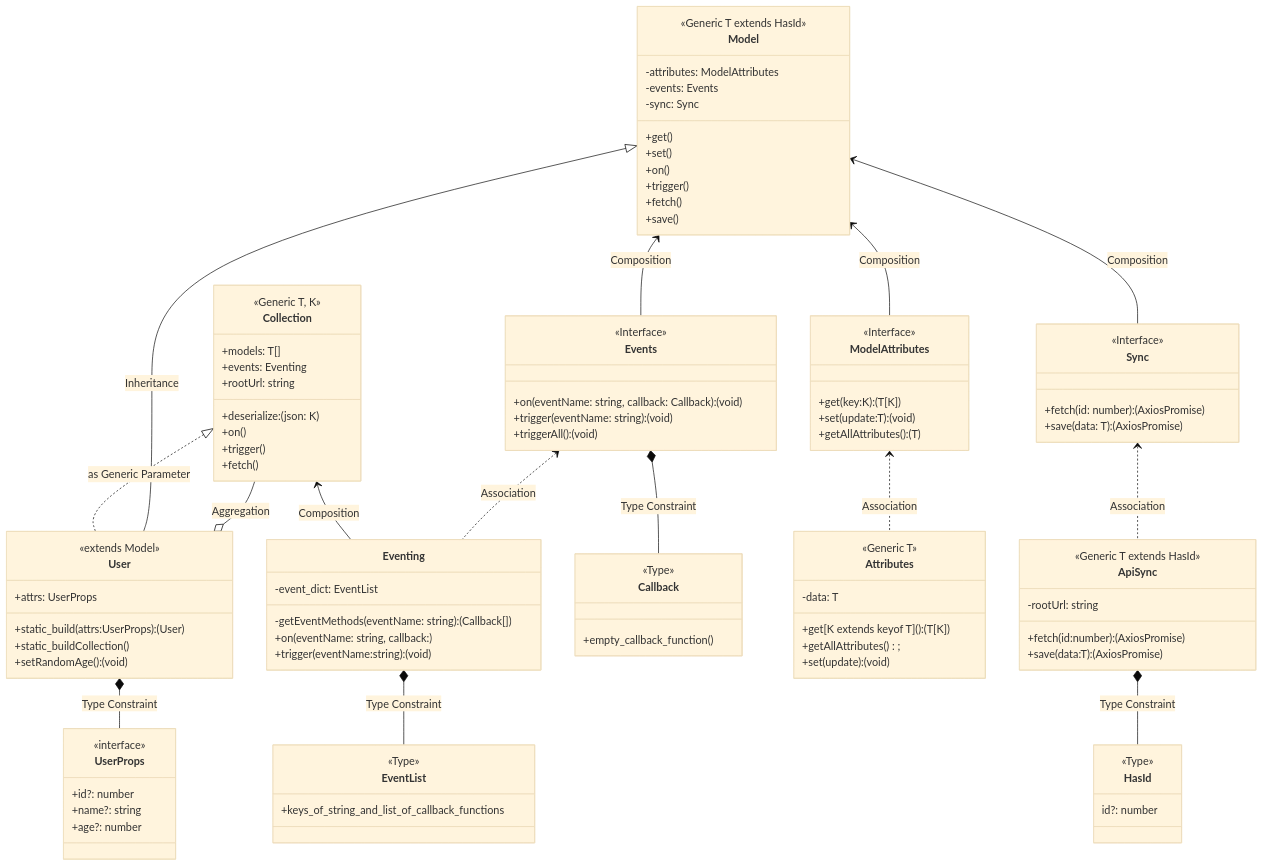
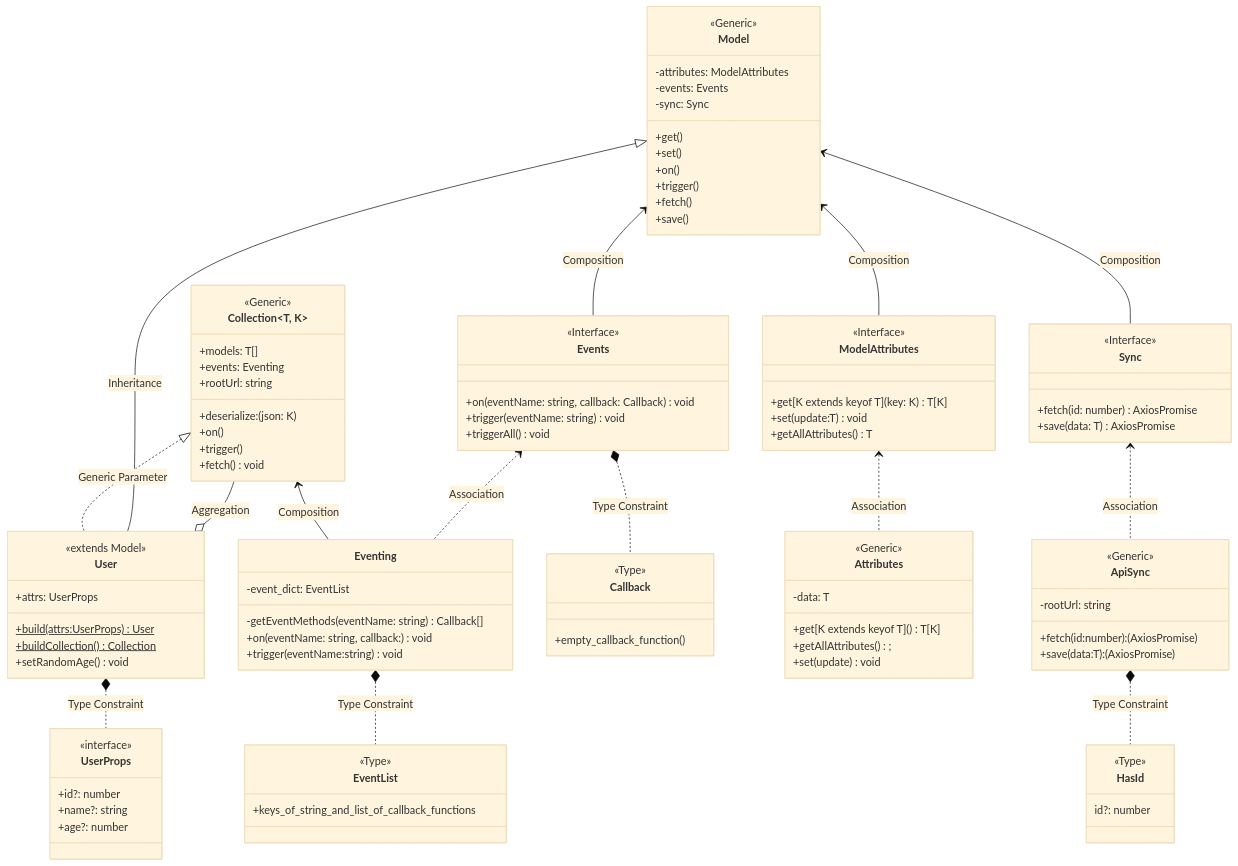
The second of 3 diagrams in README.md (frzhen/typescript-web-framework), drawn with Mermaid (base theme) before and after one commit. The commit also changed other lines of this file and 3 other files, not shown here.

````diff
--- a/README.md
+++ b/README.md
@@ -159,24 +102,24 @@
 ```mermaid
    classDiagram
-   class Collection{
-   <<Generic T, K>>
+   class Collection~T, K~{
+   <<Generic>>
    +models: T[]
    +events: Eventing
    +rootUrl: string
    +deserialize: (json: K)
    +on()
    +trigger()
-   +fetch()
+   +fetch() void
    }
    Collection <-- Eventing: Composition
-   Collection <|.. User: as Generic Parameter
+   Collection <|.. User: Generic Parameter
    User o-- Collection: Aggregation
    class User {
    <<extends Model>>
    +attrs: UserProps
-   +static_build(attrs:UserProps): (User)
-   +static_buildCollection()
-   +setRandomAge():(void)
+   +build(attrs:UserProps)$ User
+   +buildCollection()$ Collection
+   +setRandomAge() void
    }
    class UserProps {
    <<interface>>
@@ -184,14 +127,14 @@
    +name?: string
    +age?: number
    }
-   User *-- UserProps: Type Constraint
+   User *.. UserProps: Type Constraint
    class Callback {
    <<Type>>
    +empty_callback_function()
    }
    Model <|-- User: Inheritance
-   class Model{
-   <<Generic T extends HasId>>
+   class Model~T extends HasId~{
+   <<Generic>>
    -attributes: ModelAttributes
    -events: Events
    -sync: Sync
@@ -204,17 +147,17 @@
    }
    class ModelAttributes{
    <<Interface>>
-   +get(key:K): (T[K])
-   +set(update:T):(void)
-   +getAllAttributes():(T)
+   +get[K extends keyof T](key: K) T[K]
+   +set(update:T) void
+   +getAllAttributes() T
    }
    Model <-- ModelAttributes: Composition
    ModelAttributes <.. Attributes: Association
    class Events{
    <<Interface>>
-   +on(eventName: string, callback: Callback):(void)
-   +trigger(eventName: string):(void)
-   +triggerAll():(void)
+   +on(eventName: string, callback: Callback) void
+   +trigger(eventName: string) void
+   +triggerAll() void
    }
    Model <-- Events: Composition
    Events <.. Eventing: Association
@@ -222,30 +165,30 @@
    <<Type>>
    +keys_of_string_and_list_of_callback_functions
    }
-   Events *-- Callback: Type Constraint
-   Eventing *-- EventList: Type Constraint
+   Events *.. Callback: Type Constraint
+   Eventing *.. EventList: Type Constraint
    class Eventing {
    -event_dict: EventList
-   -getEventMethods(eventName: string): (Callback[])
-   +on(eventName: string, callback:)
-   +trigger(eventName:string):(void)
+   -getEventMethods(eventName: string) Callback[]
+   +on(eventName: string, callback:) void
+   +trigger(eventName:string) void
    }
    class Sync{
    <<Interface>>
-   +fetch(id: number): (AxiosPromise)
-   +save(data: T): (AxiosPromise)
+   +fetch(id: number) AxiosPromise
+   +save(data: T) AxiosPromise
    }
    Model <-- Sync: Composition
    Sync <.. ApiSync: Association
-   class Attributes{
-   <<Generic T>>
+   class Attributes~T~{
+   <<Generic>>
    -data: T
-   +get[K extends keyof T](): (T[K])
+   +get[K extends keyof T]() T[K]
    +getAllAttributes();
-   +set(update):(void)
+   +set(update) void
    }
-   class ApiSync{
-   <<Generic T extends HasId>>
+   class ApiSync~T extends HasId~{
+   <<Generic>>
    -rootUrl: string
    +fetch(id:number): (AxiosPromise)
    +save(data:T): (AxiosPromise)
@@ -254,5 +197,5 @@
    <<Type>>
    id?: number
    }
-   ApiSync *-- HasId: Type Constraint
+   ApiSync *.. HasId: Type Constraint
 ```
````
